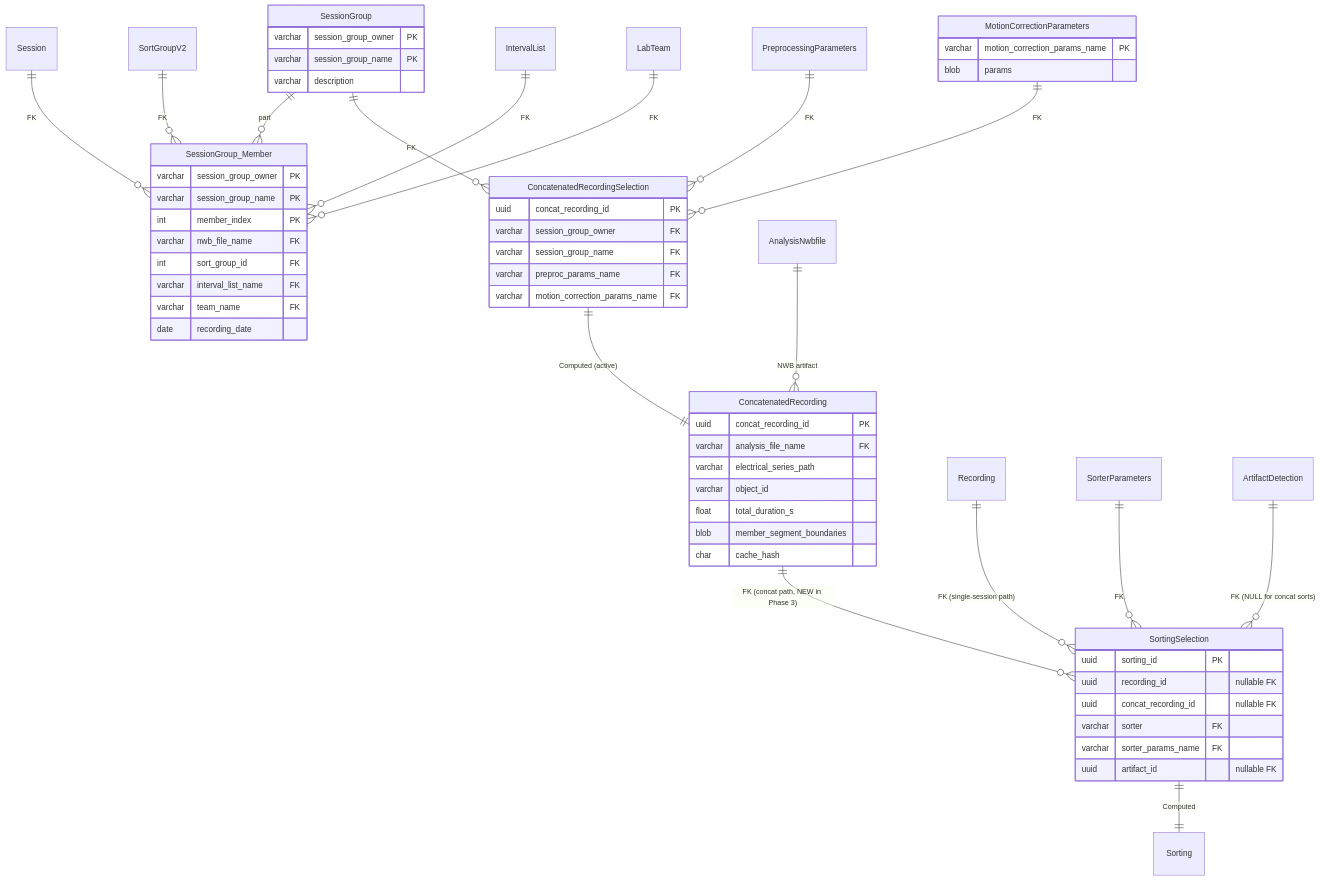
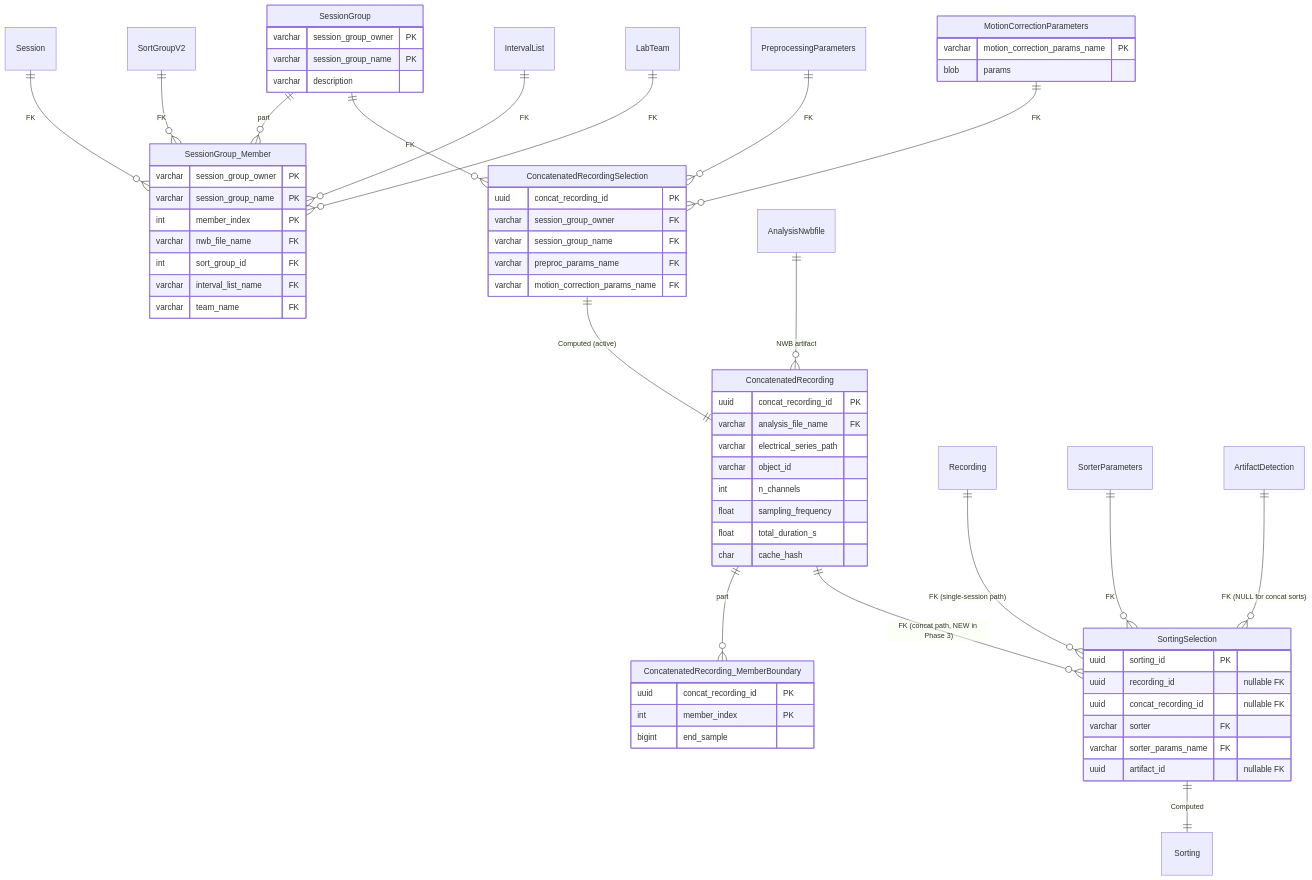
The first of 2 diagrams in .claude/docs/plans/spikesorting-v2/diagrams/03-phase-3.md (LorenFrankLab/spyglass), drawn with Mermaid before and after one commit. The commit also changed other lines of this file and 11 other files, not shown here.

First line of the commit message:
spikesorting v2: schema updates object_id, concat

````diff
--- a/.claude/docs/plans/spikesorting-v2/diagrams/03-phase-3.md
+++ b/.claude/docs/plans/spikesorting-v2/diagrams/03-phase-3.md
@@ -17,67 +17,73 @@
 ```mermaid
 erDiagram
     %% ===== From Phase 1 =====
 
     %% ===== Schema declared Phase 1, ACTIVATED Phase 3 =====
     SessionGroup {
         varchar session_group_owner PK
         varchar session_group_name PK
         varchar description
     }
     SessionGroup_Member {
         varchar session_group_owner PK
         varchar session_group_name PK
         int member_index PK
         varchar nwb_file_name FK
         int sort_group_id FK
         varchar interval_list_name FK
         varchar team_name FK
-        date recording_date
     }
     MotionCorrectionParameters {
         varchar motion_correction_params_name PK
         blob params
     }
     ConcatenatedRecordingSelection {
         uuid concat_recording_id PK
         varchar session_group_owner FK
         varchar session_group_name FK
         varchar preproc_params_name FK
         varchar motion_correction_params_name FK
     }
     ConcatenatedRecording {
         uuid concat_recording_id PK
         varchar analysis_file_name FK
         varchar electrical_series_path
         varchar object_id
+        int n_channels
+        float sampling_frequency
         float total_duration_s
-        blob member_segment_boundaries
         char cache_hash
+    }
+    ConcatenatedRecording_MemberBoundary {
+        uuid concat_recording_id PK
+        int member_index PK
+        bigint end_sample
     }
     SortingSelection {
         uuid sorting_id PK
         uuid recording_id "nullable FK"
         uuid concat_recording_id "nullable FK"
         varchar sorter FK
         varchar sorter_params_name FK
         uuid artifact_id "nullable FK"
     }
 
     SessionGroup ||--o{ SessionGroup_Member : "part"
     Session ||--o{ SessionGroup_Member : "FK"
     SortGroupV2 ||--o{ SessionGroup_Member : "FK"
     IntervalList ||--o{ SessionGroup_Member : "FK"
     LabTeam ||--o{ SessionGroup_Member : "FK"
     SessionGroup ||--o{ ConcatenatedRecordingSelection : "FK"
     PreprocessingParameters ||--o{ ConcatenatedRecordingSelection : "FK"
     MotionCorrectionParameters ||--o{ ConcatenatedRecordingSelection : "FK"
     ConcatenatedRecordingSelection ||--|| ConcatenatedRecording : "Computed (active)"
+    ConcatenatedRecording ||--o{ ConcatenatedRecording_MemberBoundary : "part"
     AnalysisNwbfile ||--o{ ConcatenatedRecording : "NWB artifact"
 
     %% ===== The XOR FK on SortingSelection now permits concat_recording_id =====
     Recording ||--o{ SortingSelection : "FK (single-session path)"
     ConcatenatedRecording ||--o{ SortingSelection : "FK (concat path, NEW in Phase 3)"
     SorterParameters ||--o{ SortingSelection : "FK"
     ArtifactDetection ||--o{ SortingSelection : "FK (NULL for concat sorts)"
     SortingSelection ||--|| Sorting : "Computed"
 ```
````
